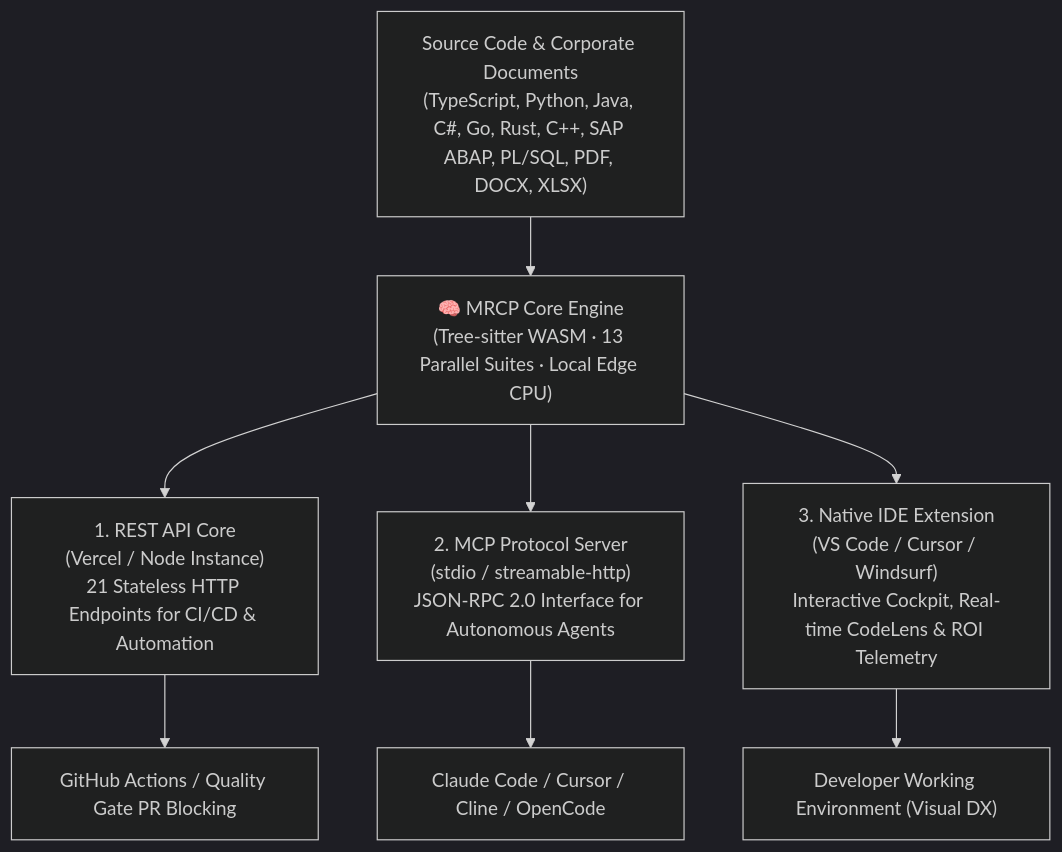
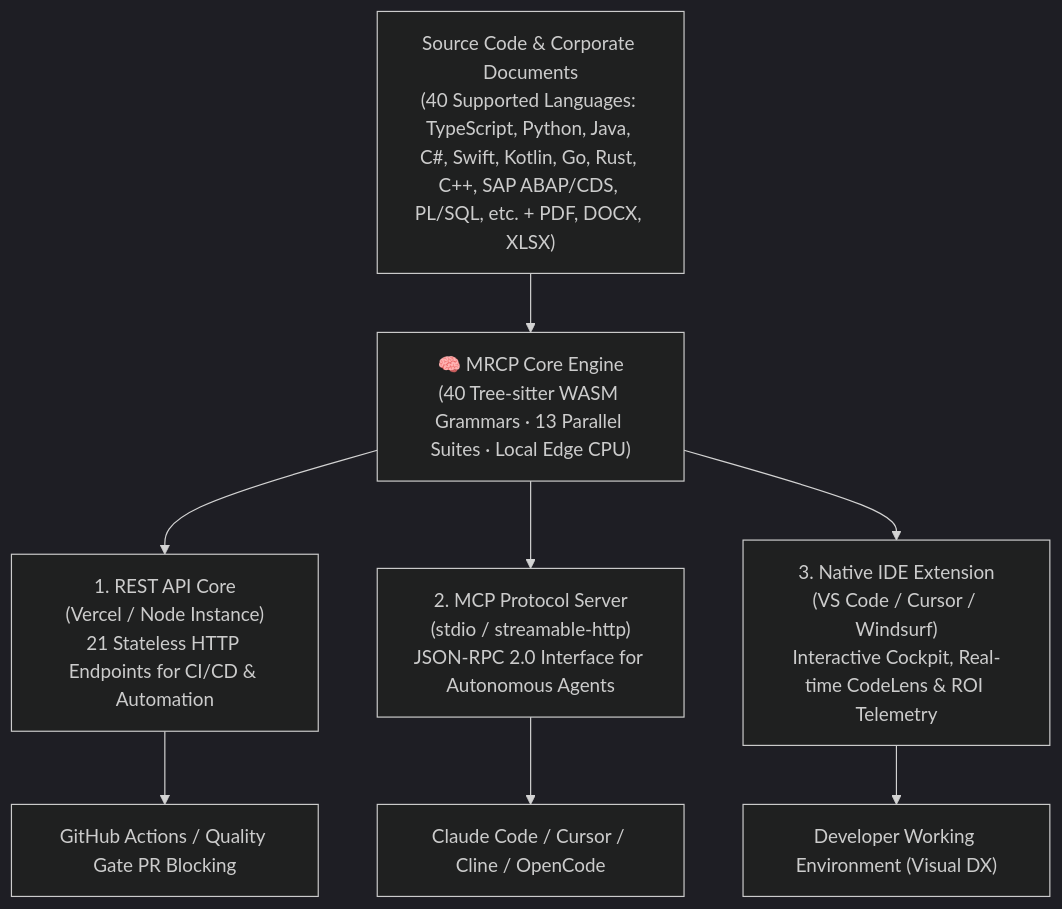
The second of 2 diagrams in README.md (faelscarpato/mrcp-engine), drawn with Mermaid (dark theme) before and after one commit. The commit also changed other lines of this file and 9 other files, not shown here.

````diff
--- a/README.md
+++ b/README.md
@@ -107,12 +107,12 @@
 ```mermaid
 flowchart TD
-    Repo["Source Code & Corporate Documents\n(TypeScript, Python, Java, C#, Go, Rust, C++, SAP ABAP, PL/SQL, PDF, DOCX, XLSX)"] --> Engine["🧠 MRCP Core Engine\n(Tree-sitter WASM · 13 Parallel Suites · Local Edge CPU)"]
+    Repo["Source Code & Corporate Documents\n(40 Supported Languages: TypeScript, Python, Java, C#, Swift, Kotlin, Go, Rust, C++, SAP ABAP/CDS, PL/SQL, etc. + PDF, DOCX, XLSX)"] --> Engine["🧠 MRCP Core Engine\n(40 Tree-sitter WASM Grammars · 13 Parallel Suites · Local Edge CPU)"]
 
     Engine --> L1["1. REST API Core\n(Vercel / Node Instance)\n21 Stateless HTTP Endpoints for CI/CD & Automation"]
     Engine --> L2["2. MCP Protocol Server\n(stdio / streamable-http)\nJSON-RPC 2.0 Interface for Autonomous Agents"]
     Engine --> L3["3. Native IDE Extension\n(VS Code / Cursor / Windsurf)\nInteractive Cockpit, Real-time CodeLens & ROI Telemetry"]
 
     L1 --> ExtApp["GitHub Actions / Quality Gate PR Blocking"]
     L2 --> Agents["Claude Code / Cursor / Cline / OpenCode"]
     L3 --> Dev["Developer Working Environment (Visual DX)"]
 ```
````
